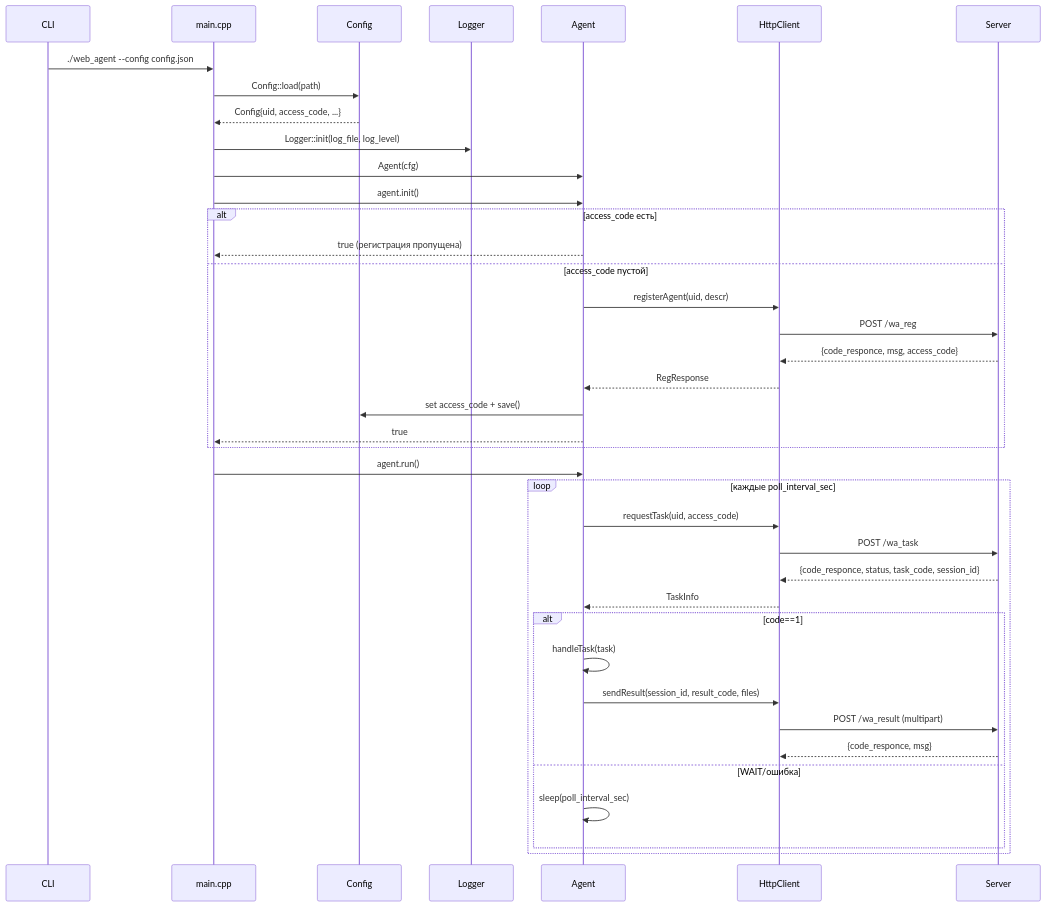
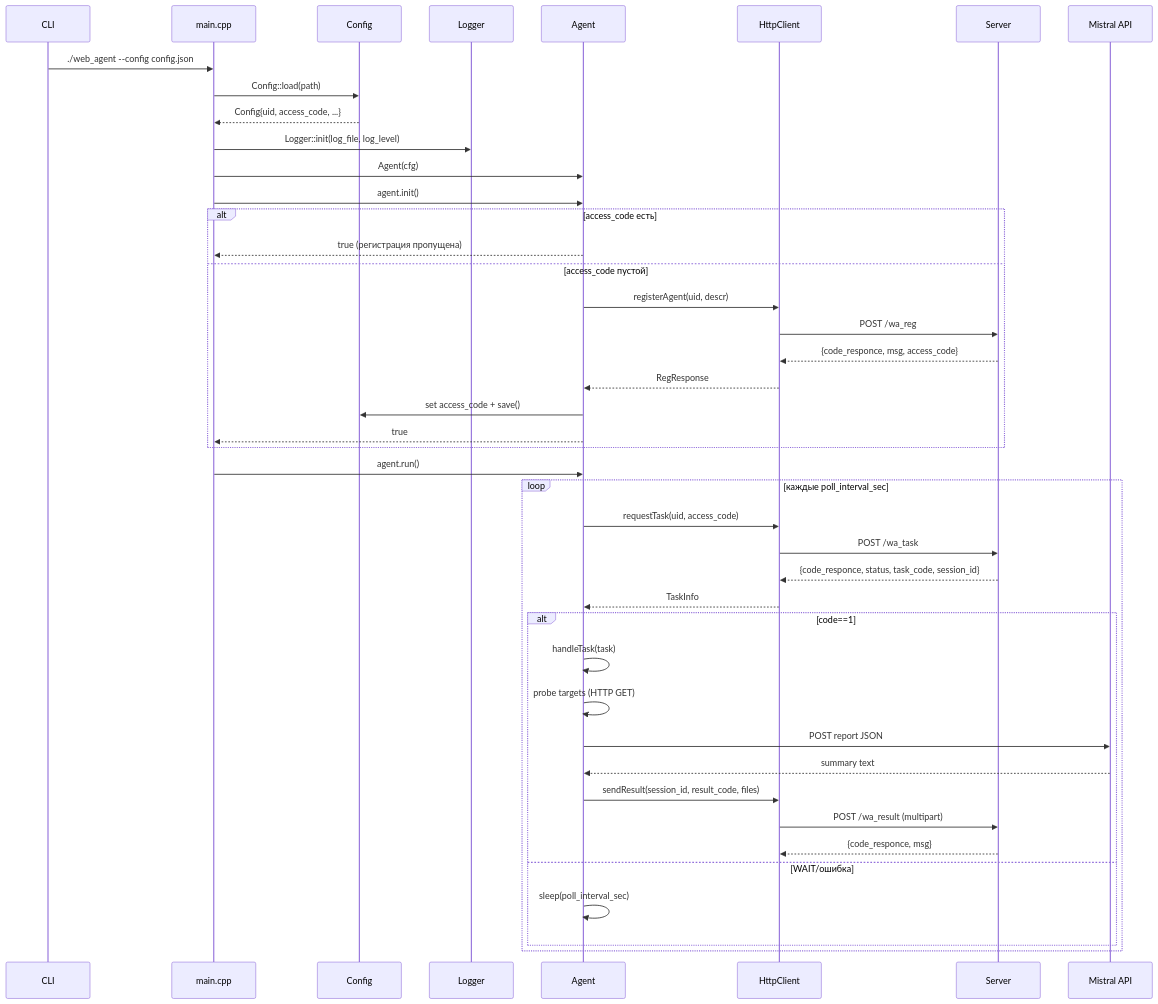
One commit to cli-resident/web-agent changed the second of 2 diagrams in docs/ARCHITECTURE_DRAFT.md. Above: the diagram before and after it, drawn with Mermaid. The commit also changed other lines of this file and 4 other files, not shown here.

````diff
--- a/docs/ARCHITECTURE_DRAFT.md
+++ b/docs/ARCHITECTURE_DRAFT.md
@@ -90,42 +91,46 @@
 ```mermaid
 sequenceDiagram
     participant User as CLI
     participant Main as main.cpp
     participant Cfg as Config
     participant Log as Logger
     participant Agent as Agent
     participant Http as HttpClient
     participant Srv as Server
+    participant AI as Mistral API
 
     User->>Main: ./web_agent --config config.json
     Main->>Cfg: Config::load(path)
     Cfg-->>Main: Config{uid, access_code, ...}
     Main->>Log: Logger::init(log_file, log_level)
     Main->>Agent: Agent(cfg)
     Main->>Agent: agent.init()
     alt access_code есть
         Agent-->>Main: true (регистрация пропущена)
     else access_code пустой
         Agent->>Http: registerAgent(uid, descr)
         Http->>Srv: POST /wa_reg
         Srv-->>Http: {code_responce, msg, access_code}
         Http-->>Agent: RegResponse
         Agent->>Cfg: set access_code + save()
         Agent-->>Main: true
     end
     Main->>Agent: agent.run()
     loop каждые poll_interval_sec
         Agent->>Http: requestTask(uid, access_code)
         Http->>Srv: POST /wa_task
         Srv-->>Http: {code_responce, status, task_code, session_id}
         Http-->>Agent: TaskInfo
         alt code==1
             Agent->>Agent: handleTask(task)
+            Agent->>Agent: probe targets (HTTP GET)
+            Agent->>AI: POST report JSON
+            AI-->>Agent: summary text
             Agent->>Http: sendResult(session_id, result_code, files)
             Http->>Srv: POST /wa_result (multipart)
             Srv-->>Http: {code_responce, msg}
         else WAIT/ошибка
             Agent->>Agent: sleep(poll_interval_sec)
         end
     end
 ```
````
